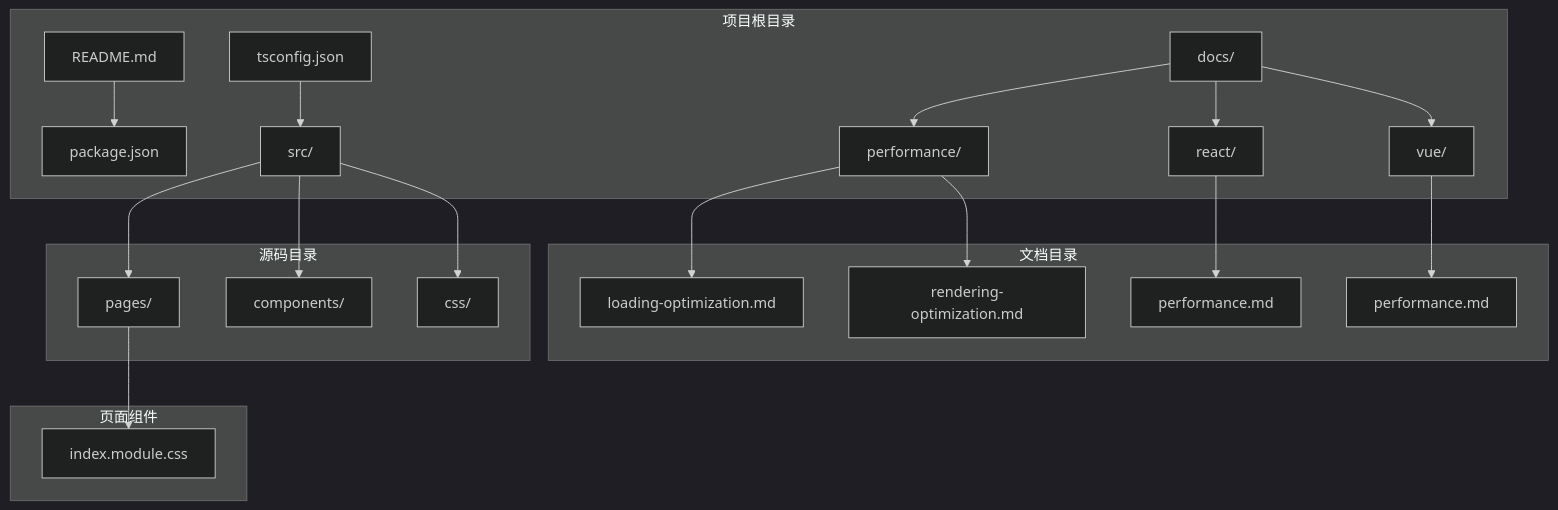
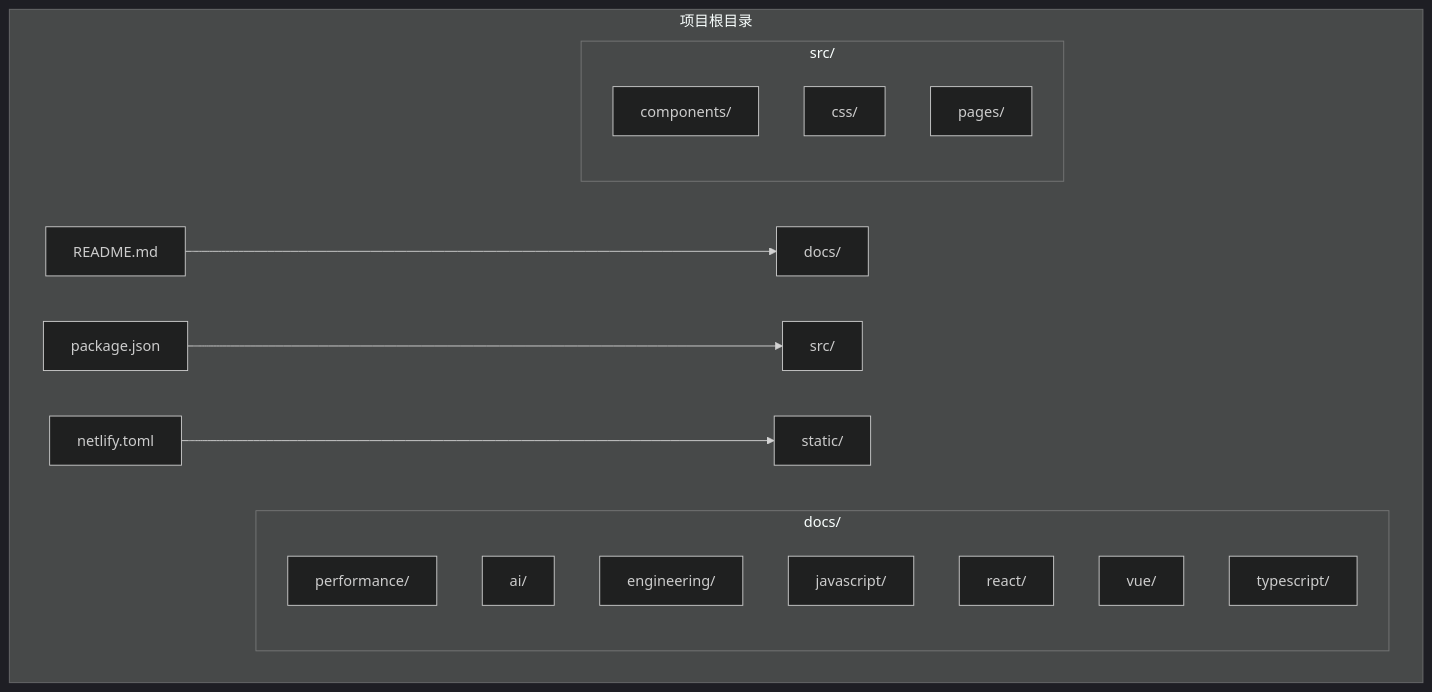
Before and after one commit to UnicornXU/knowledge-base: the first of 9 diagrams in .qoder/repowiki/zh/content/前端性能优化/性能监控.md, drawn with Mermaid (dark theme). The commit also changed other lines of this file and 8 other files, not shown here.

````diff
--- a/.qoder/repowiki/zh/content/前端性能优化/性能监控.md
+++ b/.qoder/repowiki/zh/content/前端性能优化/性能监控.md
@@ -34,24 +40,22 @@
 ```mermaid
 graph TB
 subgraph "项目根目录"
-A[README.md] --> B[package.json]
-C[tsconfig.json] --> D[src/]
-E[docs/] --> F[performance/]
-E --> G[react/]
-E --> H[vue/]
+A[README.md] --> B[docs/]
+C[package.json] --> D[src/]
+E[netlify.toml] --> F[static/]
+subgraph "docs/"
+G[performance/]
+H[ai/]
+I[engineering/]
+J[javascript/]
+K[react/]
+L[vue/]
+M[typescript/]
 end
-subgraph "文档目录"
-F --> F1[loading-optimization.md]
-F --> F2[rendering-optimization.md]
-G --> G1[performance.md]
-H --> H1[performance.md]
+subgraph "src/"
+N[components/]
+O[css/]
+P[pages/]
 end
-subgraph "源码目录"
-D --> D1[pages/]
-D --> D2[components/]
-D --> D3[css/]
-end
-subgraph "页面组件"
-D1 --> D11[index.module.css]
 end
 ```
````
